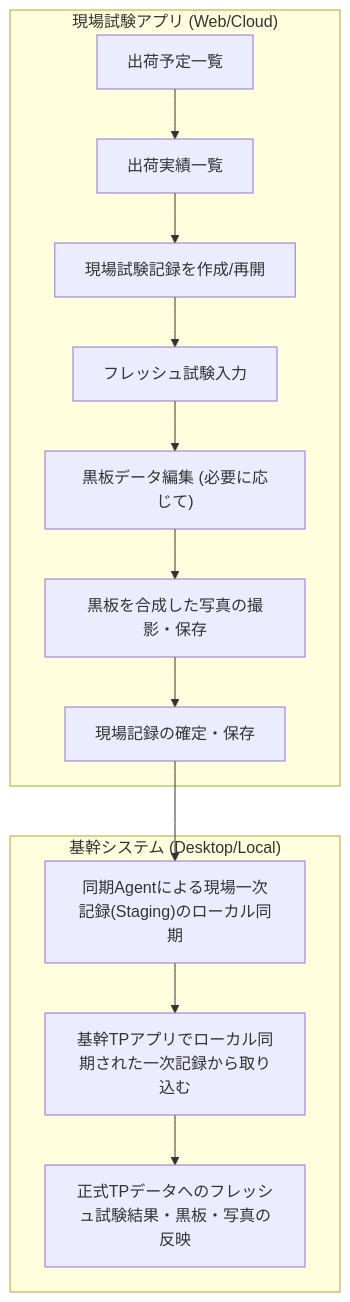
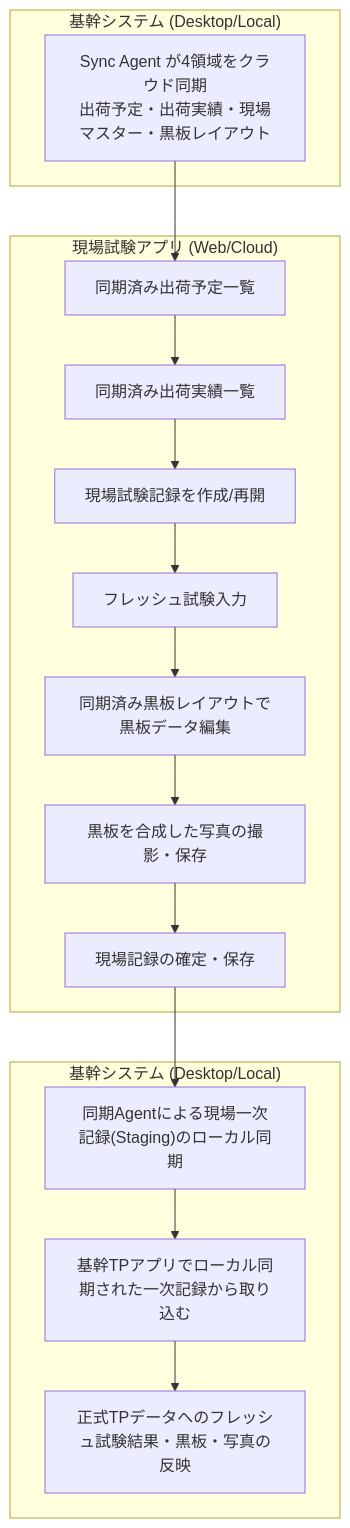
The first of 11 diagrams in docs/Labonity用現場試験アプリ_設計書_v1.0.md (sakku0039/FieldTester), drawn with Mermaid before and after one commit. The commit also changed other lines of this file, not shown here.

````diff
--- a/docs/Labonity用現場試験アプリ_設計書_v1.0.md
+++ b/docs/Labonity用現場試験アプリ_設計書_v1.0.md
@@ -82,17 +82,25 @@
 ```mermaid
 flowchart TD
+    subgraph 基幹システム_事前同期 ["基幹システム (Desktop/Local)"]
+        Z["Sync Agent が4領域をクラウド同期
+出荷予定・出荷実績・現場マスター・黒板レイアウト"]
+    end
+
     subgraph 現場試験アプリ ["現場試験アプリ (Web/Cloud)"]
-        A["出荷予定一覧"] --> B["出荷実績一覧"]
+        A["同期済み出荷予定一覧"] --> B["同期済み出荷実績一覧"]
         B --> C["現場試験記録を作成/再開"]
         C --> G["フレッシュ試験入力"]
-        G --> H["黒板データ編集 (必要に応じて)"]
+        G --> H["同期済み黒板レイアウトで黒板データ編集"]
         H --> I["黒板を合成した写真の撮影・保存"]
         I --> J["現場記録の確定・保存"]
     end
 
-    subgraph 基幹システム ["基幹システム (Desktop/Local)"]
-        J --> K["同期Agentによる現場一次記録(Staging)のローカル同期"]
+    subgraph 基幹システム_取込 ["基幹システム (Desktop/Local)"]
+        K["同期Agentによる現場一次記録(Staging)のローカル同期"]
         K --> L["基幹TPアプリでローカル同期された一次記録から取り込む"]
         L --> M["正式TPデータへのフレッシュ試験結果・黒板・写真の反映"]
     end
+
+    Z --> A
+    J --> K
 ```
````
